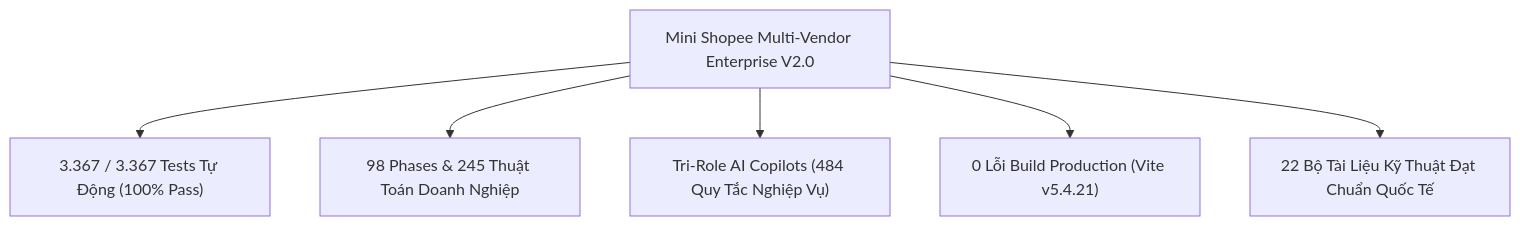
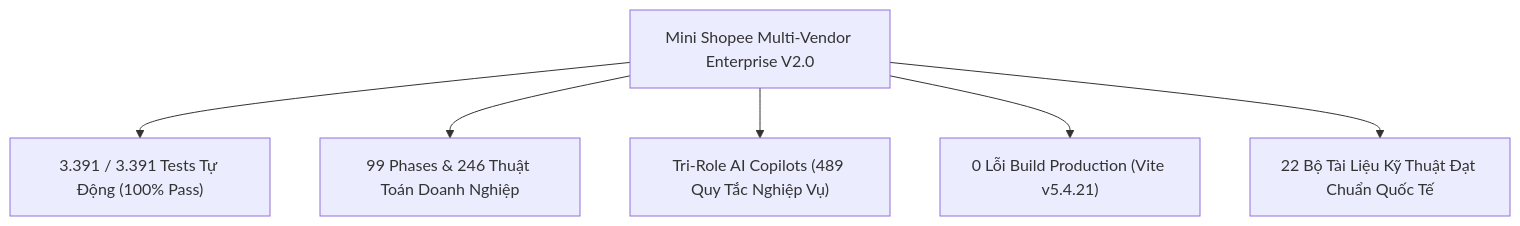
The first of 2 diagrams in docs/DANH_MUC_HO_SO_BAN_GIAO_VA_TONG_QUAN_DU_AN.md (JiaysTM17/Fullstack-Ecommerce), drawn with Mermaid before and after one commit. The commit also changed other lines of this file and 10 other files, not shown here.

````diff
--- a/docs/DANH_MUC_HO_SO_BAN_GIAO_VA_TONG_QUAN_DU_AN.md
+++ b/docs/DANH_MUC_HO_SO_BAN_GIAO_VA_TONG_QUAN_DU_AN.md
@@ -21,9 +21,9 @@
 ```mermaid
 graph TD
     System["Mini Shopee Multi-Vendor Enterprise V2.0"]
-    System --> Stat1["3.367 / 3.367 Tests Tự Động (100% Pass)"]
-    System --> Stat2["98 Phases & 245 Thuật Toán Doanh Nghiệp"]
-    System --> Stat3["Tri-Role AI Copilots (484 Quy Tắc Nghiệp Vụ)"]
+    System --> Stat1["3.391 / 3.391 Tests Tự Động (100% Pass)"]
+    System --> Stat2["99 Phases & 246 Thuật Toán Doanh Nghiệp"]
+    System --> Stat3["Tri-Role AI Copilots (489 Quy Tắc Nghiệp Vụ)"]
     System --> Stat4["0 Lỗi Build Production (Vite v5.4.21)"]
     System --> Stat5["22 Bộ Tài Liệu Kỹ Thuật Đạt Chuẩn Quốc Tế"]
 ```
````
